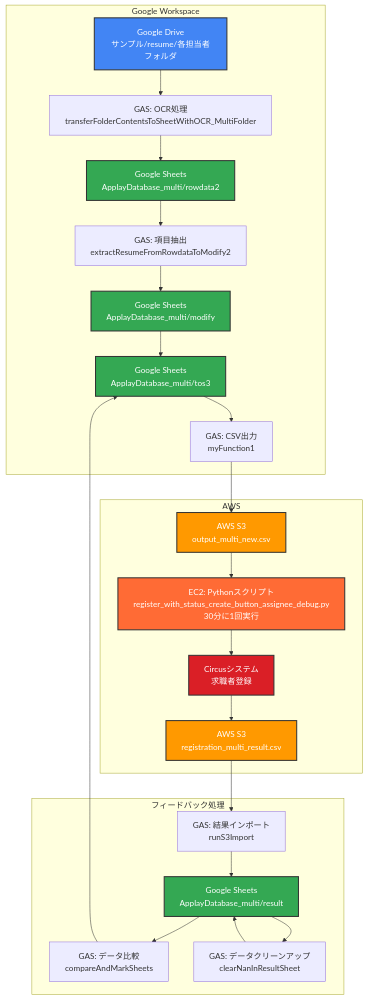
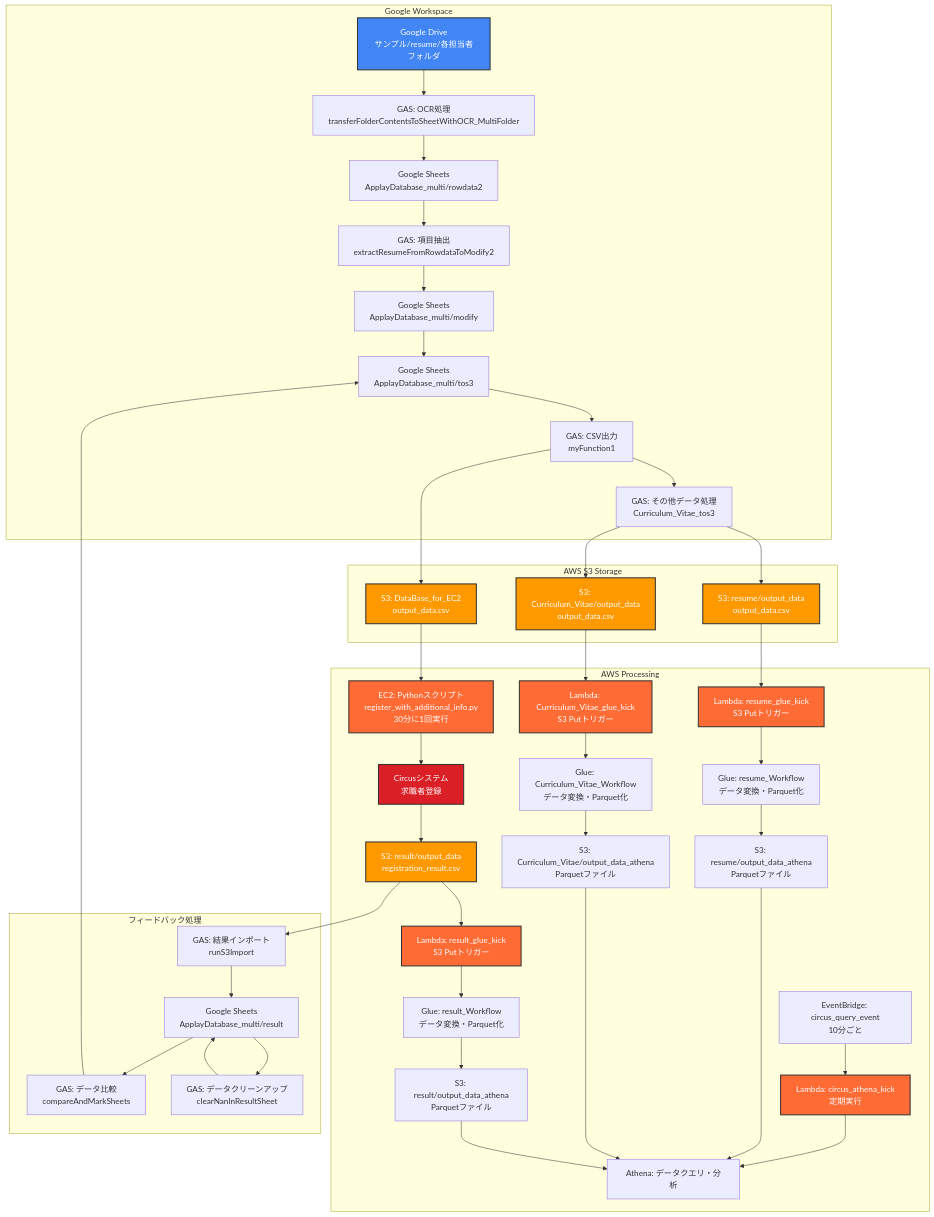
The diagram in circus/system_architecture.md (OPiastri81/work), drawn with Mermaid before and after one commit. The commit also changed other lines of this file and 1 other file, not shown here.

````diff
--- a/circus/system_architecture.md
+++ b/circus/system_architecture.md
@@ -52,37 +57,63 @@
 ```mermaid
 graph TD
     subgraph "Google Workspace"
         A[Google Drive<br/>サンプル/resume/各担当者フォルダ] --> B[GAS: OCR処理<br/>transferFolderContentsToSheetWithOCR_MultiFolder]
         B --> C[Google Sheets<br/>ApplayDatabase_multi/rowdata2]
         C --> D[GAS: 項目抽出<br/>extractResumeFromRowdataToModify2]
         D --> E[Google Sheets<br/>ApplayDatabase_multi/modify]
         E --> F[Google Sheets<br/>ApplayDatabase_multi/tos3]
         F --> G[GAS: CSV出力<br/>myFunction1]
+        G --> H[GAS: その他データ処理<br/>Curriculum_Vitae_tos3]
     end
 
-    subgraph "AWS"
-        G --> H[AWS S3<br/>output_multi_new.csv]
-        H --> I[EC2: Pythonスクリプト<br/>register_with_status_create_button_assignee_debug.py<br/>30分に1回実行]
-        I --> J[Circusシステム<br/>求職者登録]
-        J --> K[AWS S3<br/>registration_multi_result.csv]
+    subgraph "AWS S3 Storage"
+        G --> I[S3: DataBase_for_EC2<br/>output_data.csv]
+        H --> J[S3: resume/output_data<br/>output_data.csv]
+        H --> K[S3: Curriculum_Vitae/output_data<br/>output_data.csv]
+    end
+
+    subgraph "AWS Processing"
+        I --> L[EC2: Pythonスクリプト<br/>register_with_additional_info.py<br/>30分に1回実行]
+        L --> M[Circusシステム<br/>求職者登録]
+        M --> N[S3: result/output_data<br/>registration_result.csv]
+        
+        J --> O[Lambda: resume_glue_kick<br/>S3 Putトリガー]
+        K --> P[Lambda: Curriculum_Vitae_glue_kick<br/>S3 Putトリガー]
+        N --> Q[Lambda: result_glue_kick<br/>S3 Putトリガー]
+        
+        O --> R[Glue: resume_Workflow<br/>データ変換・Parquet化]
+        P --> S[Glue: Curriculum_Vitae_Workflow<br/>データ変換・Parquet化]
+        Q --> T[Glue: result_Workflow<br/>データ変換・Parquet化]
+        
+        R --> U[S3: resume/output_data_athena<br/>Parquetファイル]
+        S --> V[S3: Curriculum_Vitae/output_data_athena<br/>Parquetファイル]
+        T --> W[S3: result/output_data_athena<br/>Parquetファイル]
+        
+        X[EventBridge: circus_query_event<br/>10分ごと] --> Y[Lambda: circus_athena_kick<br/>定期実行]
+        Y --> Z[Athena: データクエリ・分析]
+        U --> Z
+        V --> Z
+        W --> Z
     end
 
     subgraph "フィードバック処理"
-        K --> L[GAS: 結果インポート<br/>runS3Import]
-        L --> M[Google Sheets<br/>ApplayDatabase_multi/result]
-        M --> N[GAS: データ比較<br/>compareAndMarkSheets]
-        N --> F
-        M --> O[GAS: データクリーンアップ<br/>clearNanInResultSheet]
-        O --> M
+        N --> AA[GAS: 結果インポート<br/>runS3Import]
+        AA --> BB[Google Sheets<br/>ApplayDatabase_multi/result]
+        BB --> CC[GAS: データ比較<br/>compareAndMarkSheets]
+        CC --> F
+        BB --> DD[GAS: データクリーンアップ<br/>clearNanInResultSheet]
+        DD --> BB
     end
 
     style A fill:#4285F4,stroke:#333,stroke-width:2px,color:#fff
-    style C fill:#34A853,stroke:#333,stroke-width:2px,color:#fff
-    style E fill:#34A853,stroke:#333,stroke-width:2px,color:#fff
-    style F fill:#34A853,stroke:#333,stroke-width:2px,color:#fff
-    style M fill:#34A853,stroke:#333,stroke-width:2px,color:#fff
-    style H fill:#FF9900,stroke:#333,stroke-width:2px,color:#fff
+    style I fill:#FF9900,stroke:#333,stroke-width:2px,color:#fff
+    style J fill:#FF9900,stroke:#333,stroke-width:2px,color:#fff
     style K fill:#FF9900,stroke:#333,stroke-width:2px,color:#fff
-    style J fill:#DA1F26,stroke:#333,stroke-width:2px,color:#fff
-    style I fill:#FF6B35,stroke:#333,stroke-width:2px,color:#fff
+    style N fill:#FF9900,stroke:#333,stroke-width:2px,color:#fff
+    style M fill:#DA1F26,stroke:#333,stroke-width:2px,color:#fff
+    style L fill:#FF6B35,stroke:#333,stroke-width:2px,color:#fff
+    style O fill:#FF6B35,stroke:#333,stroke-width:2px,color:#fff
+    style P fill:#FF6B35,stroke:#333,stroke-width:2px,color:#fff
+    style Q fill:#FF6B35,stroke:#333,stroke-width:2px,color:#fff
+    style Y fill:#FF6B35,stroke:#333,stroke-width:2px,color:#fff
 ```
````
